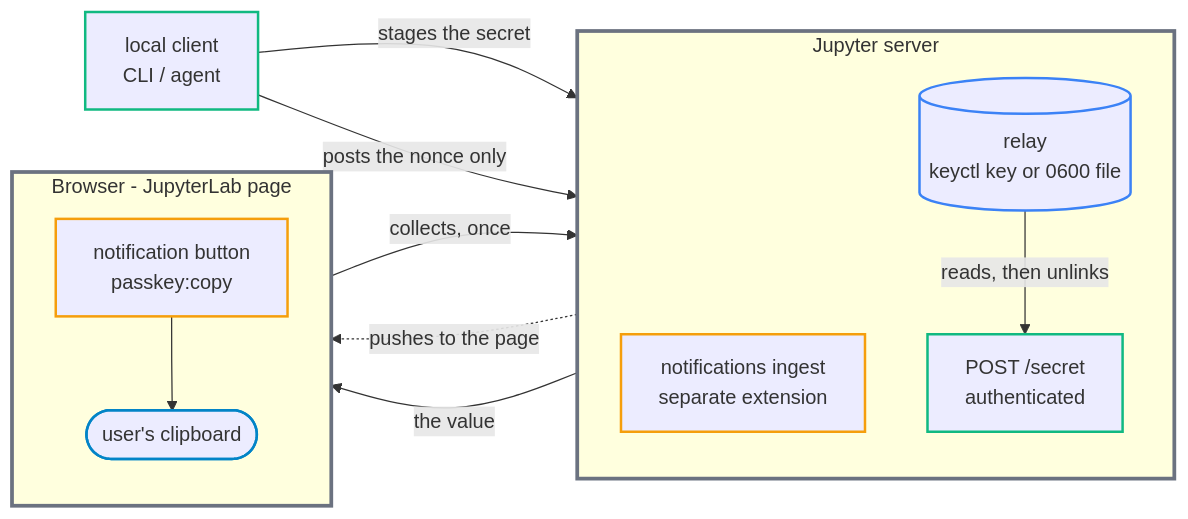
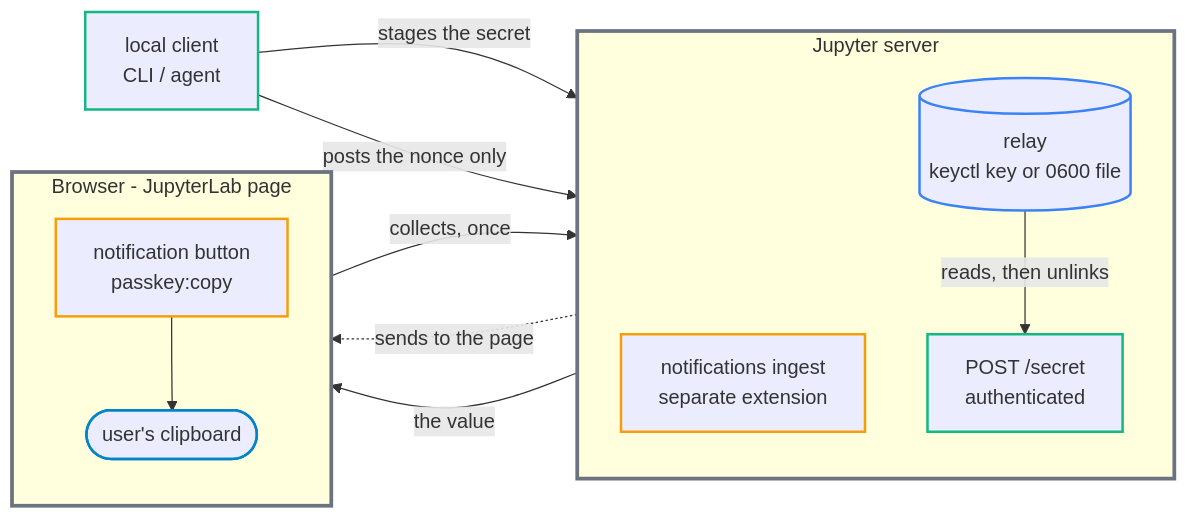
The second of 2 diagrams in README.md (stellarshenson/jupyterlab_passkey_extension), drawn with Mermaid before and after one commit. The commit also changed other lines of this file and 15 other files, not shown here.

````diff
--- a/README.md
+++ b/README.md
@@ -90,31 +92,31 @@
 ```mermaid
 flowchart LR
     LOCAL2["local client<br/>CLI / agent"]
     subgraph SERVER2["Jupyter server"]
         direction TB
         ING["notifications ingest<br/>separate extension"]
         RELAY2[("relay<br/>keyctl key or 0600 file")]
         EP2["POST /secret<br/>authenticated"]
         RELAY2 -->|"reads, then unlinks"| EP2
     end
     subgraph BROWSER2["Browser - JupyterLab page"]
         direction TB
         BTN["notification button<br/>passkey:copy"]
         CLIP(["user's clipboard"])
         BTN --> CLIP
     end
     LOCAL2 -->|"stages the secret"| RELAY2
     LOCAL2 -->|"posts the nonce only"| ING
-    ING -.->|"pushes to the page"| BTN
+    ING -.->|"sends to the page"| BTN
     BTN -->|"collects, once"| EP2
     EP2 -->|"the value"| BTN
 
     style BROWSER2 stroke:#6b7280,stroke-width:3px
     style SERVER2 stroke:#6b7280,stroke-width:3px
     style LOCAL2 stroke:#10b981,stroke-width:2px
     style ING stroke:#f59e0b,stroke-width:2px
     style RELAY2 stroke:#3b82f6,stroke-width:2px
     style EP2 stroke:#10b981,stroke-width:2px
     style BTN stroke:#f59e0b,stroke-width:2px
     style CLIP stroke:#0284c7,stroke-width:2px
 ```
````
